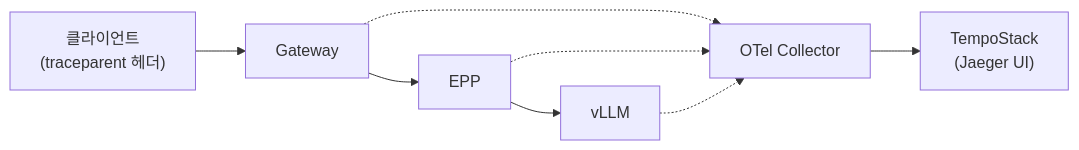
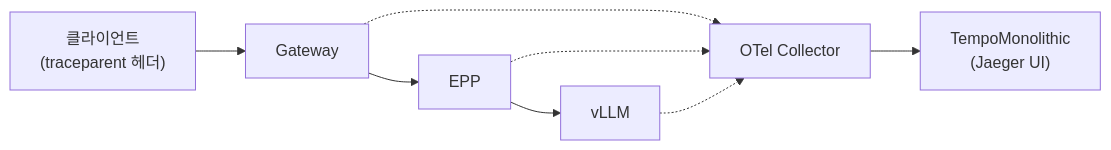
One commit to jangminjun/openshift-ai-llmd-demo changed the diagram in docs/scenarios/25-e2e-tracing.md. Above: the diagram before and after it, drawn with Mermaid. The commit also changed other lines of this file and 23 other files, not shown here.

````diff
--- a/docs/scenarios/25-e2e-tracing.md
+++ b/docs/scenarios/25-e2e-tracing.md
@@ -14,8 +14,8 @@
 ```mermaid
 flowchart LR
     C["클라이언트\n(traceparent 헤더)"] --> GW["Gateway"] --> EPP["EPP"] --> V["vLLM"]
     GW -.-> OC["OTel Collector"]
     EPP -.-> OC
     V -.-> OC
-    OC --> T["TempoStack\n(Jaeger UI)"]
+    OC --> T["TempoMonolithic\n(Jaeger UI)"]
 ```
````
